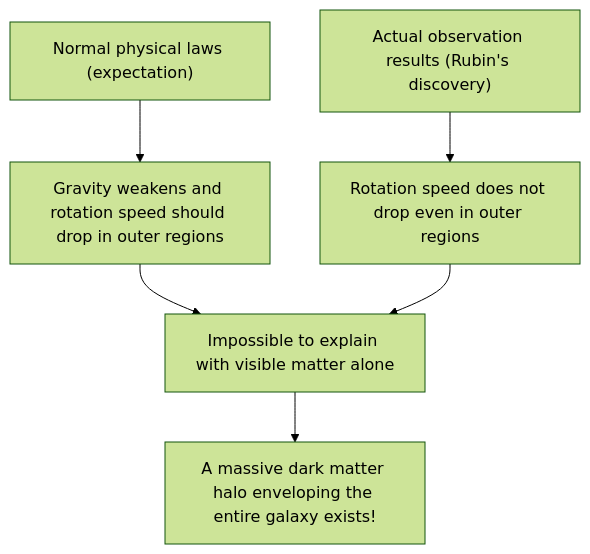
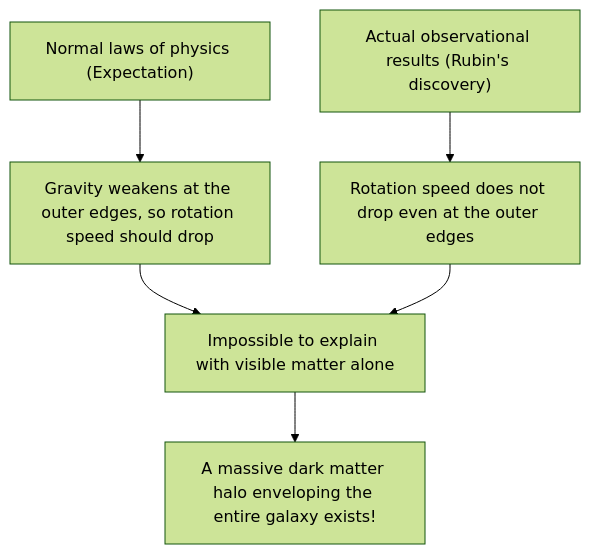
Before and after one commit to kenjinote/blog: the first of 2 diagrams in content/post/dark-matter-dark-energy-mysteries/index.en.md, drawn with Mermaid (forest theme). The commit also changed other lines of this file and 12 other files, not shown here.

````diff
--- a/content/post/dark-matter-dark-energy-mysteries/index.en.md
+++ b/content/post/dark-matter-dark-energy-mysteries/index.en.md
@@ -31,8 +31,8 @@
 ```mermaid
 graph TD
-    A["Normal physical laws (expectation)"] --> B["Gravity weakens and rotation speed should drop in outer regions"]
-    C["Actual observation results (Rubin's discovery)"] --> D["Rotation speed does not drop even in outer regions"]
+    A["Normal laws of physics (Expectation)"] --> B["Gravity weakens at the outer edges, so rotation speed should drop"]
+    C["Actual observational results (Rubin's discovery)"] --> D["Rotation speed does not drop even at the outer edges"]
     B --> E["Impossible to explain with visible matter alone"]
     D --> E
     E --> F["A massive dark matter halo enveloping the entire galaxy exists!"]
 ```
````
